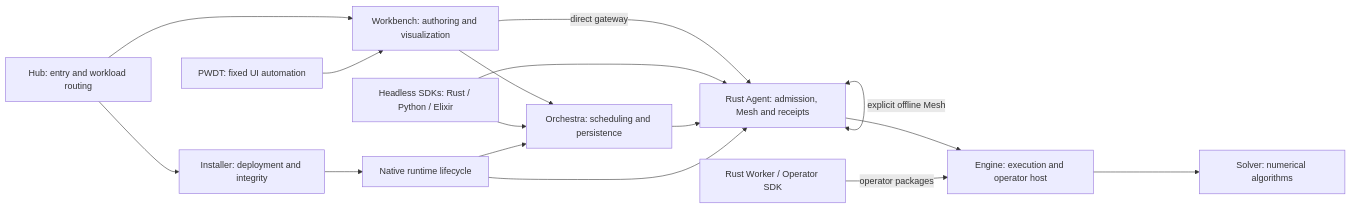
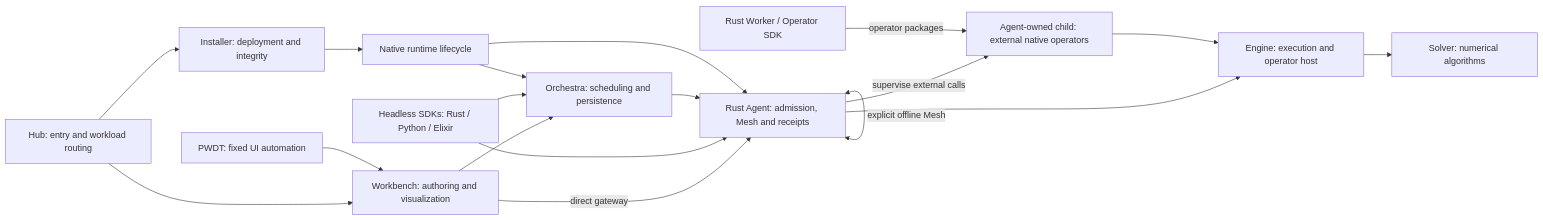
Before and after one commit to Team-silvortex/kyuubiki: the diagram in docs/current-architecture-map.md, drawn with Mermaid. The commit also changed other lines of this file and 78 other files, not shown here.

````diff
--- a/docs/current-architecture-map.md
+++ b/docs/current-architecture-map.md
@@ -15,30 +15,33 @@
 ```mermaid
 flowchart LR
   Hub["Hub: entry and workload routing"]
   UI["Workbench: authoring and visualization"]
   Installer["Installer: deployment and integrity"]
   PWDT["PWDT: fixed UI automation"]
   SDK["Headless SDKs: Rust / Python / Elixir"]
   Control["Orchestra: scheduling and persistence"]
   Agent["Rust Agent: admission, Mesh and receipts"]
+  NativeHost["Agent-owned child: external native operators"]
   Engine["Engine: execution and operator host"]
   Solver["Solver: numerical algorithms"]
   Worker["Rust Worker / Operator SDK"]
   Lifecycle["Native runtime lifecycle"]
 
   Hub --> UI
   Hub --> Installer
   PWDT --> UI
   UI --> Control
   UI -->|direct gateway| Agent
   SDK --> Control
   SDK --> Agent
   Control --> Agent
   Agent <-->|explicit offline Mesh| Agent
   Agent --> Engine
   Engine --> Solver
-  Worker -->|operator packages| Engine
+  Agent -->|supervise external calls| NativeHost
+  NativeHost --> Engine
+  Worker -->|operator packages| NativeHost
   Installer --> Lifecycle
   Lifecycle --> Control
   Lifecycle --> Agent
 ```
````
